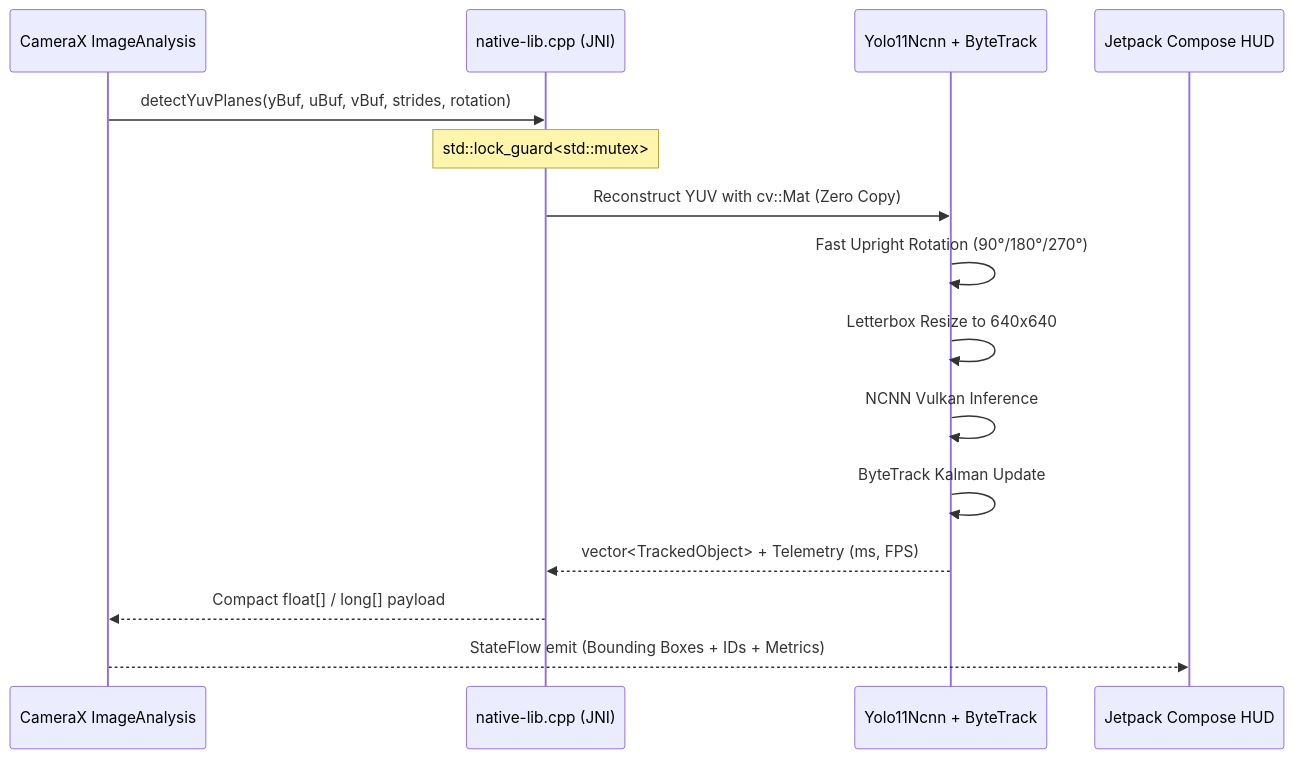
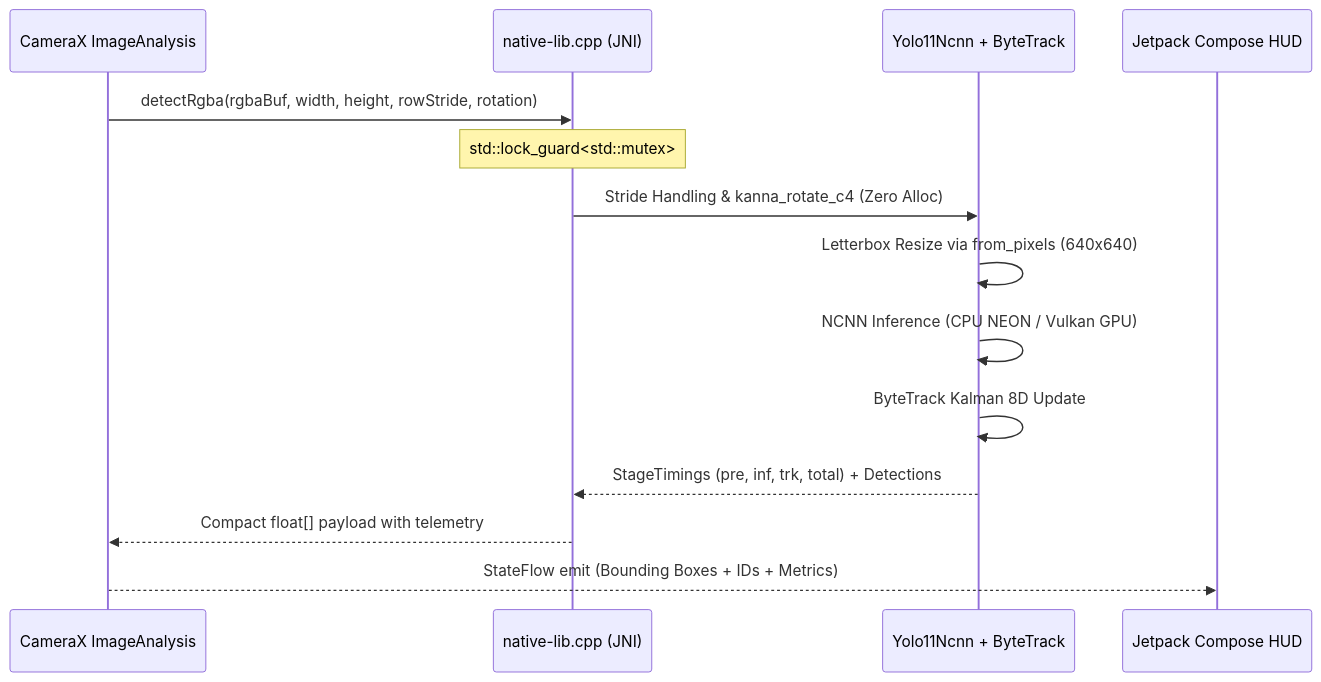
The second of 2 diagrams in docs/ARCHITECTURE.md (tahadeab-ai/shelf-pulse-ai), drawn with Mermaid before and after one commit. The commit also changed other lines of this file and 4 other files, not shown here.

````diff
--- a/docs/ARCHITECTURE.md
+++ b/docs/ARCHITECTURE.md
@@ -91,18 +91,17 @@
 ```mermaid
 sequenceDiagram
     participant CameraX as CameraX ImageAnalysis
     participant JNI as native-lib.cpp (JNI)
     participant Engine as Yolo11Ncnn + ByteTrack
     participant UI as Jetpack Compose HUD
 
-    CameraX->>JNI: detectYuvPlanes(yBuf, uBuf, vBuf, strides, rotation)
+    CameraX->>JNI: detectRgba(rgbaBuf, width, height, rowStride, rotation)
     Note over JNI: std::lock_guard<std::mutex>
-    JNI->>Engine: Reconstruct YUV with cv::Mat (Zero Copy)
-    Engine->>Engine: Fast Upright Rotation (90°/180°/270°)
-    Engine->>Engine: Letterbox Resize to 640x640
-    Engine->>Engine: NCNN Vulkan Inference
-    Engine->>Engine: ByteTrack Kalman Update
-    Engine-->>JNI: vector<TrackedObject> + Telemetry (ms, FPS)
-    JNI-->>CameraX: Compact float[] / long[] payload
+    JNI->>Engine: Stride Handling & kanna_rotate_c4 (Zero Alloc)
+    Engine->>Engine: Letterbox Resize via from_pixels (640x640)
+    Engine->>Engine: NCNN Inference (CPU NEON / Vulkan GPU)
+    Engine->>Engine: ByteTrack Kalman 8D Update
+    Engine-->>JNI: StageTimings (pre, inf, trk, total) + Detections
+    JNI-->>CameraX: Compact float[] payload with telemetry
     CameraX-->>UI: StateFlow emit (Bounding Boxes + IDs + Metrics)
 ```
````
